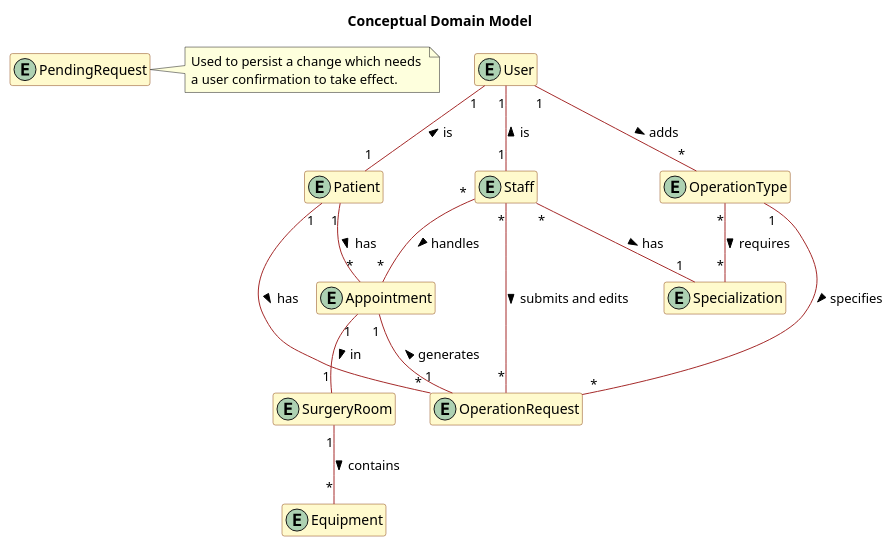
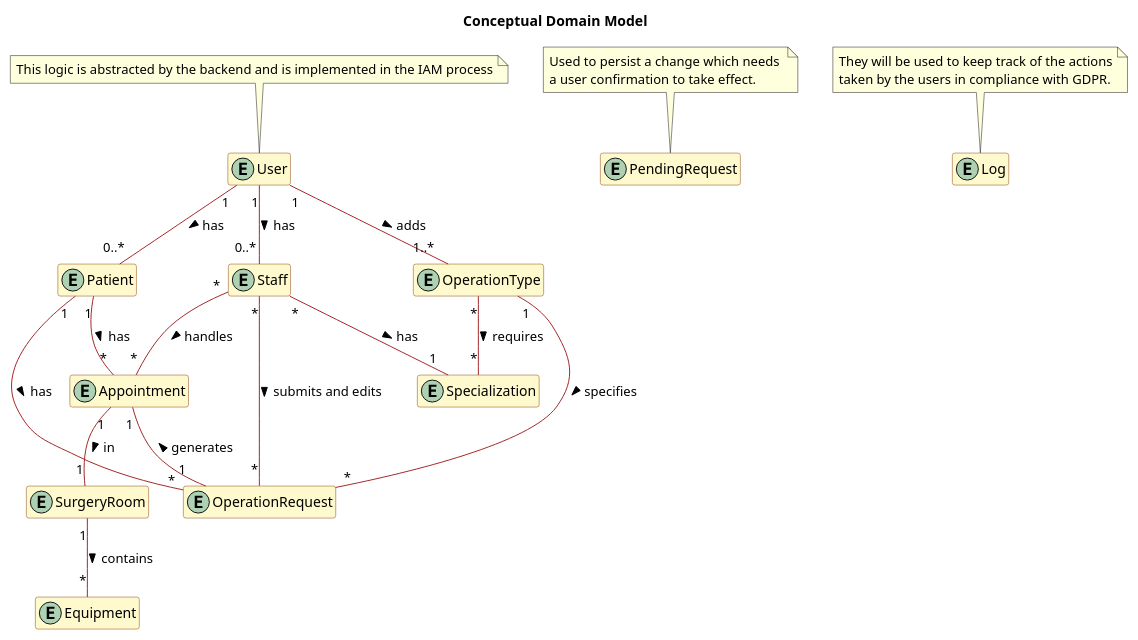
One commit to LAPR5-043/sem_5_24_25_043 changed the diagram in Docs/Sprint1/DomainModel/Conceptual Domain Model.puml. Above: the diagram before and after it, drawn with PlantUML. The commit also changed 15 other files, not shown here.

```diff
--- a/Docs/Sprint1/DomainModel/Conceptual Domain Model.puml
+++ b/Docs/Sprint1/DomainModel/Conceptual Domain Model.puml
@@ -1,123 +1,136 @@
 @startuml
 
 ' Title
 title Conceptual Domain Model
 
 skinparam classAttributeIconSize 0
 hide empty members
 hide attributes
 
 skinparam class {
     BackgroundColor LemonChiffon
     ArrowColor Brown
     BorderColor SaddleBrown
 }
 
 entity Appointment {
     - id
     - requestID
     - roomID
     - dateAndTime
     - status
 }
 
 entity Equipment{
     - name
     - description
 }
 
 entity SurgeryRoom{
     - roomNumber
     - type
     - capacity
     '- assignedEquipment
     - currentStatus
     - maintenanceSlots
 }
 
 entity User{
     - username
     - role
     - email
 }
+note top of User : This logic is abstracted by the backend and is implemented in the IAM process
 
 entity OperationType{
     - id
     - name
     '- requiredStaffBySpecialization
     - estimatedDuration
+    - isActive
 }
 
 entity OperationRequest{
     - id
     - patientID
     - doctorID
     - operationTypeID
     - deadlineDate
     - priority
 }
 
 entity Staff{
     - firstName
     - lastName
     - fullName
     - licenseNumber
     '- specialization
     - contactInformation
     - availabilitySlots
+    - isActive
 }
 
 entity Patient{
     - firstName
     - lastName
     - fullName
     - dateOfBirth
     - gender
     - medicalRecordNumber
     - contactInformation
     - allergiesAndConditions
     - emergencyContact
     '- appointmentHistory
 }
 
 entity Specialization{
     - name
     - description
 }
 
 entity PendingRequest{
     - id
     - userID
     - attributeName
     - pendingValue
     - oldValue
 }
-note right of PendingRequest
+note top of PendingRequest
 Used to persist a change which needs 
 a user confirmation to take effect.
+end note
+
+entity Log{
+    - timestamp
+    - action
+    - author
+}
+note top of Log
+They will be used to keep track of the actions
+taken by the users in compliance with GDPR.
 end note
 
 
 
 
 ' Relationships
-User "1" -- "1" Patient : is <
-User "1" -- "1" Staff : is <
-User "1" -- "*" OperationType : adds >
+User "1" -- "0..*" Patient : has >
+User "1" -- "0..*" Staff : has >
+User "1" -- "1..*" OperationType : adds >
 
 Patient "1" -- "*" Appointment : has >
 Patient "1" -- "*" OperationRequest : has >
 
 Staff "*" -- "1" Specialization : has >
 Staff "*" -- "*" OperationRequest : submits and edits >
 Staff "*" -- "*" Appointment : handles >
 
 OperationType "*" -- "*" Specialization : requires >
 OperationType "1" -- "*" OperationRequest : specifies >
 
 Appointment "1" -- "1" SurgeryRoom : in >
 Appointment "1" -- "1" OperationRequest :  generates <
 
 SurgeryRoom "1" -- "*" Equipment : contains >
 
 @enduml
```
